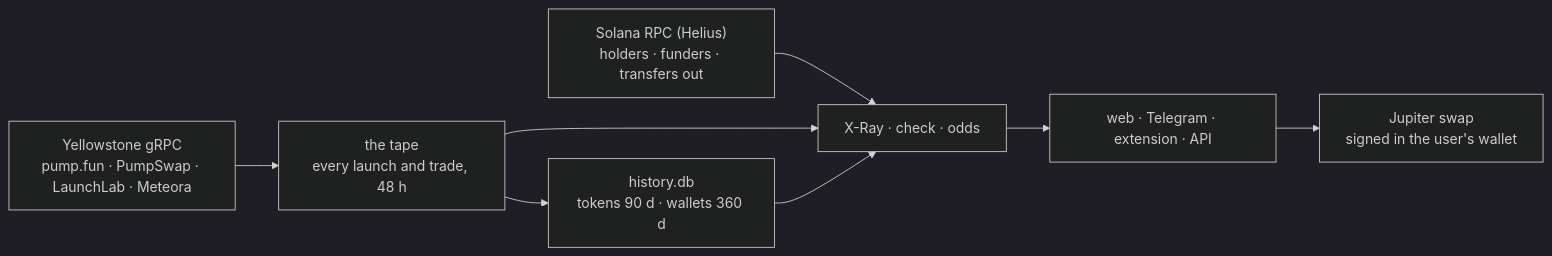
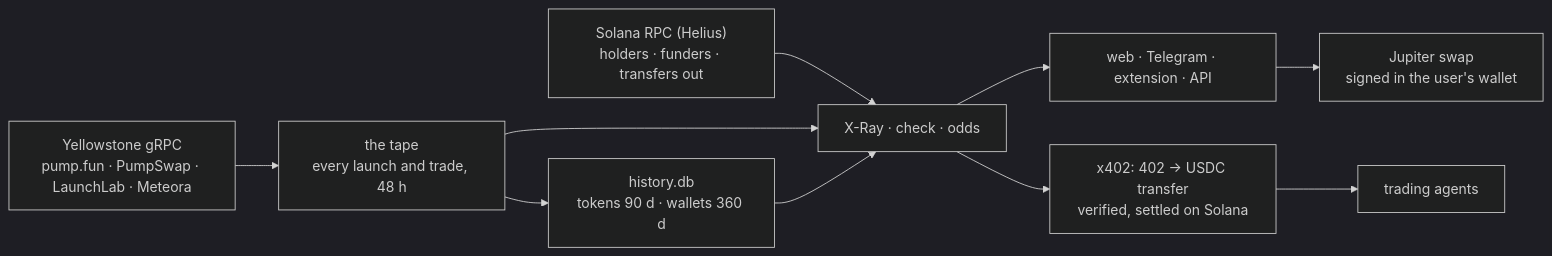
The first of 3 diagrams in README.md (0xNickdev/aiagentzoo), drawn with Mermaid (dark theme) before and after one commit. The commit also changed other lines of this file, not shown here.

Commit message:
readme: x402 - agents pay per check in USDC on Solana, how one request goes, when an agent is not charged, setup

````diff
--- a/README.md
+++ b/README.md
@@ -55,10 +56,12 @@
 ```mermaid
 flowchart LR
   G["Yellowstone gRPC<br/>pump.fun · PumpSwap · LaunchLab · Meteora"] --> T["the tape<br/>every launch and trade, 48 h"]
   T --> H["history.db<br/>tokens 90 d · wallets 360 d"]
   R["Solana RPC (Helius)<br/>holders · funders · transfers out"] --> X
   T --> X["X-Ray · check · odds"]
   H --> X
   X --> U["web · Telegram · extension · API"]
   U --> J["Jupiter swap<br/>signed in the user's wallet"]
+  X --> P["x402: 402 -> USDC transfer<br/>verified, settled on Solana"]
+  P --> A["trading agents"]
 ```
````
